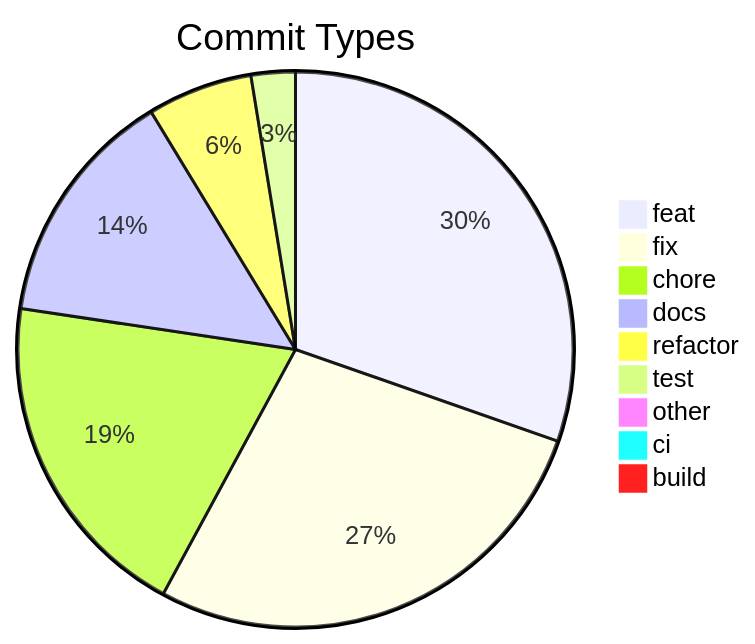
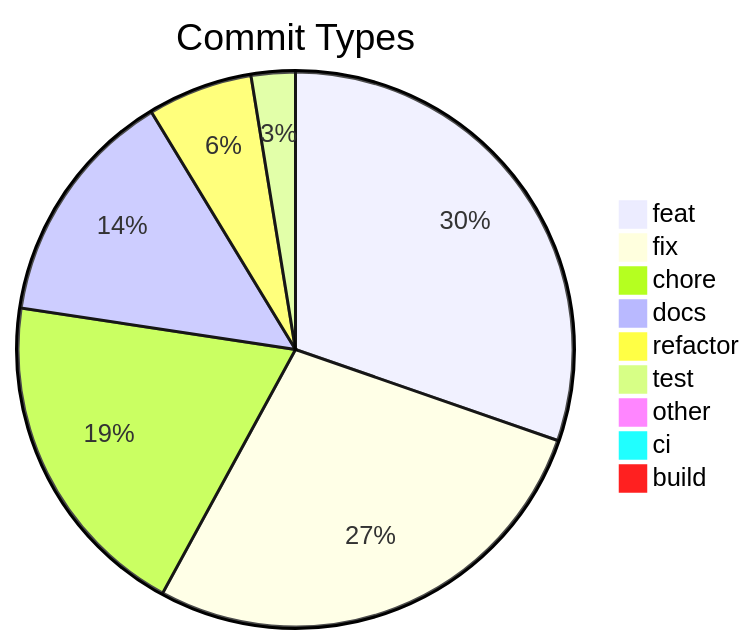
Before and after one commit to svenroth-ai/shipwright: the diagram in .shipwright/compliance/change-history.md, drawn with Mermaid. The commit also changed other lines of this file and 14 other files, not shown here.

````diff
--- a/.shipwright/compliance/change-history.md
+++ b/.shipwright/compliance/change-history.md
@@ -8,12 +8,12 @@
 ```mermaid
 pie title Commit Types
     "feat" : 248
-    "fix" : 225
+    "fix" : 226
     "chore" : 159
     "docs" : 114
     "refactor" : 50
     "test" : 21
     "other" : 7
     "ci" : 5
     "build" : 1
 ```
````
